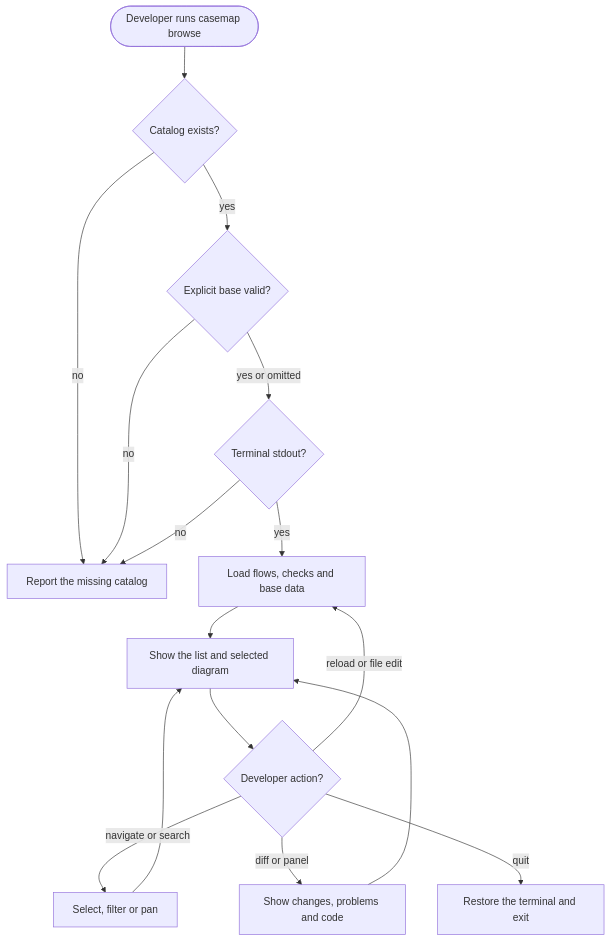
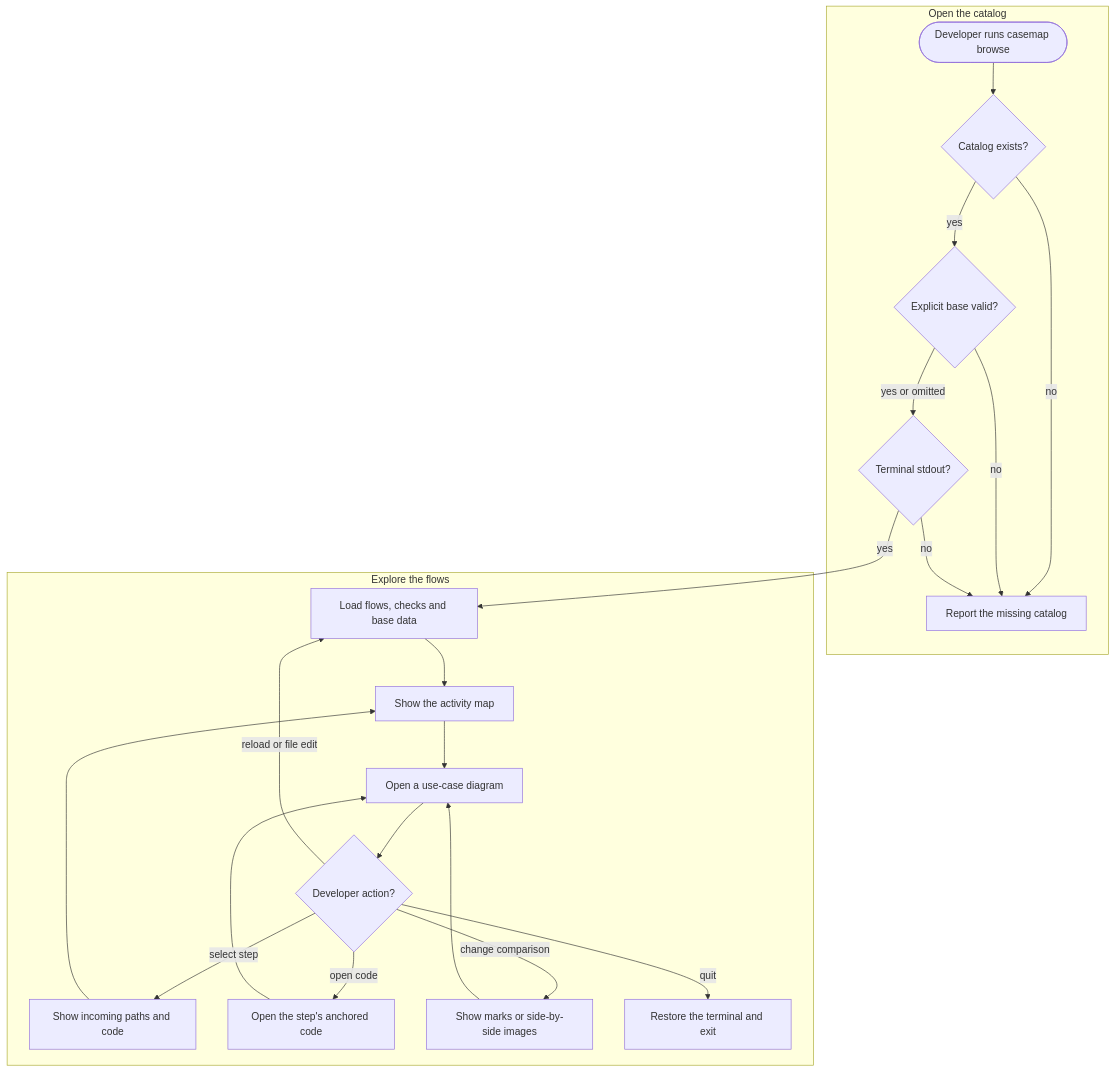
One commit to Ross-cripto/casemap changed the diagram in docs/flows/browse-the-catalog.md. Above: the diagram before and after it, drawn with Mermaid. The commit also changed other lines of this file and 178 other files, not shown here.

First line of the commit message:
feat!: draw use-case flows as images with sections, icons and jumps

````diff
--- a/docs/flows/browse-the-catalog.md
+++ b/docs/flows/browse-the-catalog.md
@@ -5,19 +5,34 @@
 ```mermaid
 flowchart TD
-    who([Developer runs casemap browse]) --> catalog{Catalog exists?}
-    catalog -->|no| fail[Report the missing catalog]
-    catalog -->|yes| base{Explicit base valid?}
-    base -->|no| fail
-    base -->|yes or omitted| tty{Terminal stdout?}
-    tty -->|no| fail
-    tty -->|yes| load[Load flows, checks and base data]
-    load --> screen[Show the list and selected diagram]
-    screen --> action{Developer action?}
-    action -->|navigate or search| view[Select, filter or pan]
-    view --> screen
-    action -->|diff or panel| details[Show changes, problems and code]
-    details --> screen
-    action -->|reload or file edit| load
-    action -->|quit| restore[Restore the terminal and exit]
+    subgraph opening [Open the catalog]
+        who([Developer runs casemap browse]) --> catalog{Catalog exists?}
+        catalog -->|no| fail[Report the missing catalog]
+        catalog -->|yes| base{Explicit base valid?}
+        base -->|no| fail
+        base -->|yes or omitted| tty{Terminal stdout?}
+        tty -->|no| fail
+    end
+    subgraph exploration [Explore the flows]
+        load[Load flows, checks and base data] --> screen[Show the activity map]
+        screen --> view[Open a use-case diagram]
+        view --> action{Developer action?}
+        action -->|select step| details[Show incoming paths and code]
+        details --> screen
+        action -->|open code| open[Open the step's anchored code]
+        open --> view
+        action -->|change comparison| compare[Show marks or side-by-side images]
+        compare --> view
+        action -->|reload or file edit| load
+        action -->|quit| restore[Restore the terminal and exit]
+    end
+    tty -->|yes| load
+    %% @icon fail triangle-alert
+    %% @icon load folder-open
+    %% @icon screen monitor
+    %% @icon view search
+    %% @icon details git-compare
+    %% @icon open code
+    %% @icon compare git-compare
+    %% @icon restore terminal
     %% @code * src/browse
 ```
````
